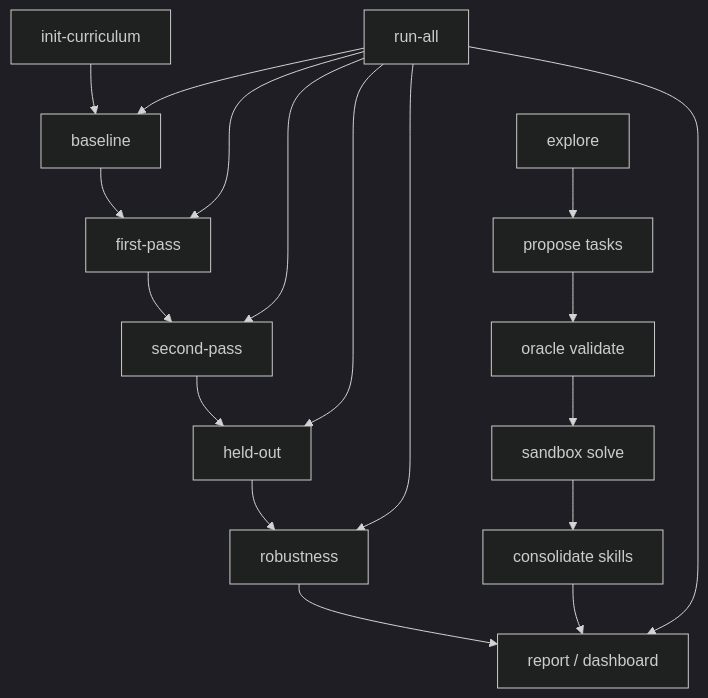
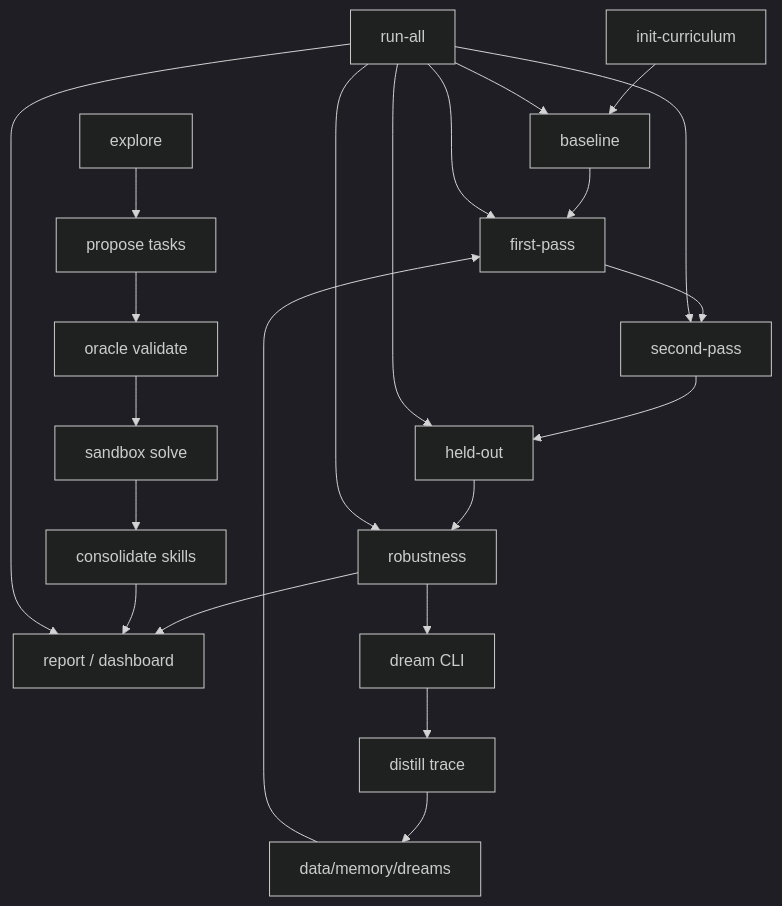
Before and after one commit to David-Hoa2023/notebooklm-extension: the diagram in Evolutionary-Coding-Agent/use-case.md, drawn with Mermaid (dark theme). The commit also changed other lines of this file and 30 other files, not shown here.

````diff
--- a/Evolutionary-Coding-Agent/use-case.md
+++ b/Evolutionary-Coding-Agent/use-case.md
@@ -613,22 +683,27 @@
 ```mermaid
 flowchart TD
     A[init-curriculum] --> B[baseline]
     B --> C[first-pass]
     C --> D[second-pass]
     D --> E[held-out]
     E --> F[robustness]
     F --> G[report / dashboard]
 
     H[explore] --> I[propose tasks]
     I --> J[oracle validate]
     J --> K[sandbox solve]
     K --> L[consolidate skills]
     L --> G
 
     M[run-all] --> B
     M --> C
     M --> D
     M --> E
     M --> F
     M --> G
+
+    N[dream CLI] --> O[distill trace]
+    O --> P[data/memory/dreams]
+    P --> C
+    F --> N
 ```
````
